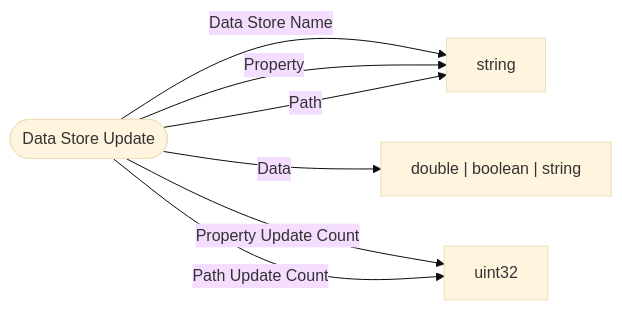
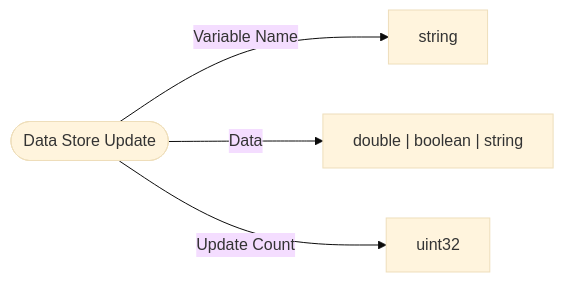
The diagram in schemas/types/Data_Store_Update.md (bedrock-v/protocol-docs), drawn with Mermaid (base theme) before and after one commit. The commit also changed 42 other files, not shown here.

````diff
--- a/schemas/types/Data_Store_Update.md
+++ b/schemas/types/Data_Store_Update.md
@@ -5,10 +5,7 @@
 ```mermaid
 flowchart LR
   ROOT(["Data Store Update"])
-  ROOT -->|"Data Store Name"| string["string"]
-  ROOT -->|"Property"| string["string"]
-  ROOT -->|"Path"| string["string"]
+  ROOT -->|"Variable Name"| string["string"]
   ROOT -->|"Data"| double___boolean___string["double | boolean | string"]
-  ROOT -->|"Property Update Count"| uint32["uint32"]
-  ROOT -->|"Path Update Count"| uint32["uint32"]
+  ROOT -->|"Update Count"| uint32["uint32"]
 ```
````
